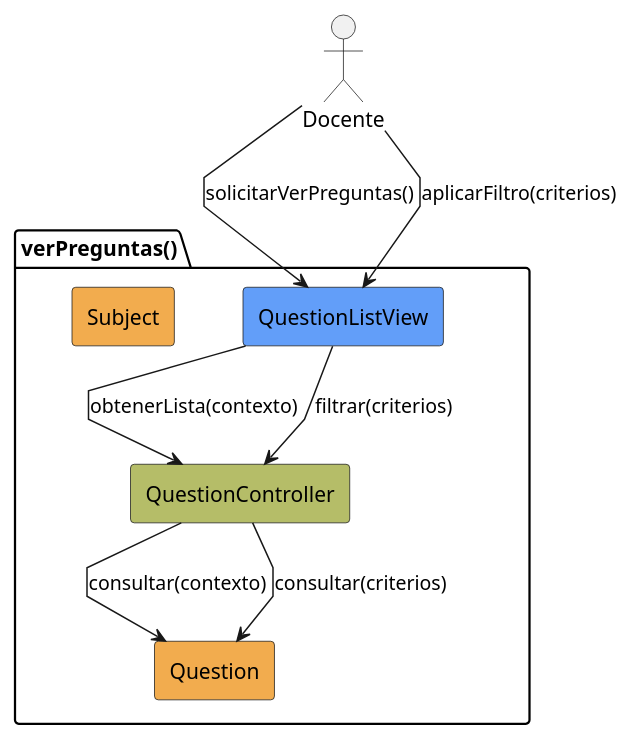
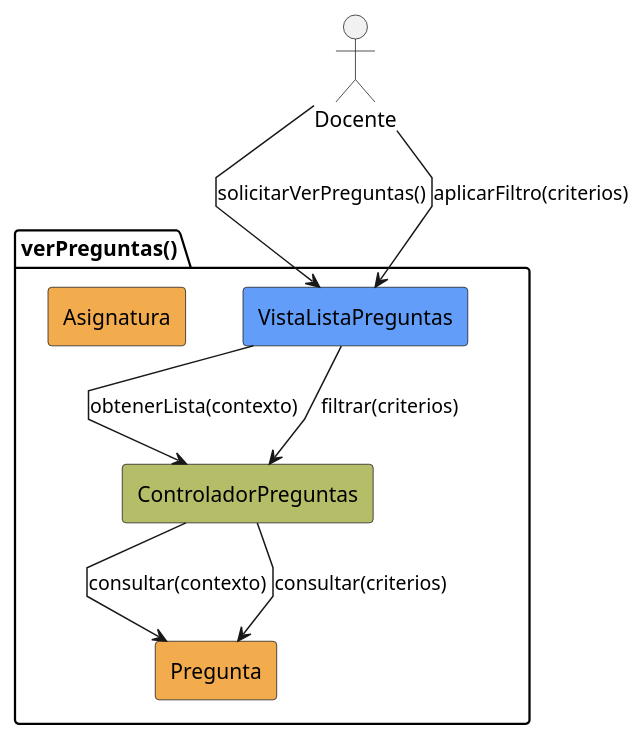
One commit to liamanderson873/25-26-idsw2-sdVC changed the diagram in RUP/01-analisis/casos-uso/CU-20-verPreguntas/analisis-colaboracion-CU-20-verPreguntas.puml. Above: the diagram before and after it, drawn with PlantUML. The commit also changed 85 other files, not shown here.

```diff
--- a/RUP/01-analisis/casos-uso/CU-20-verPreguntas/analisis-colaboracion-CU-20-verPreguntas.puml
+++ b/RUP/01-analisis/casos-uso/CU-20-verPreguntas/analisis-colaboracion-CU-20-verPreguntas.puml
@@ -1,20 +1,20 @@
 @startuml verPreguntas-analisis
 skinparam linetype polyline
 
 actor Docente
 package verPreguntas as "verPreguntas()" {
-    rectangle #629EF9 QuestionListView
-    rectangle #b5bd68 QuestionController
-    rectangle #F2AC4E Question
-    rectangle #F2AC4E Subject
+    rectangle #629EF9 VistaListaPreguntas
+    rectangle #b5bd68 ControladorPreguntas
+    rectangle #F2AC4E Pregunta
+    rectangle #F2AC4E Asignatura
 }
 
-Docente -r-> QuestionListView: solicitarVerPreguntas()
-QuestionListView -d-> QuestionController: obtenerLista(contexto)
-QuestionController --> Question: consultar(contexto)
+Docente -r-> VistaListaPreguntas: solicitarVerPreguntas()
+VistaListaPreguntas -d-> ControladorPreguntas: obtenerLista(contexto)
+ControladorPreguntas --> Pregunta: consultar(contexto)
 
-Docente --> QuestionListView: aplicarFiltro(criterios)
-QuestionListView --> QuestionController: filtrar(criterios)
-QuestionController --> Question: consultar(criterios)
+Docente --> VistaListaPreguntas: aplicarFiltro(criterios)
+VistaListaPreguntas --> ControladorPreguntas: filtrar(criterios)
+ControladorPreguntas --> Pregunta: consultar(criterios)
 
 @enduml
```
